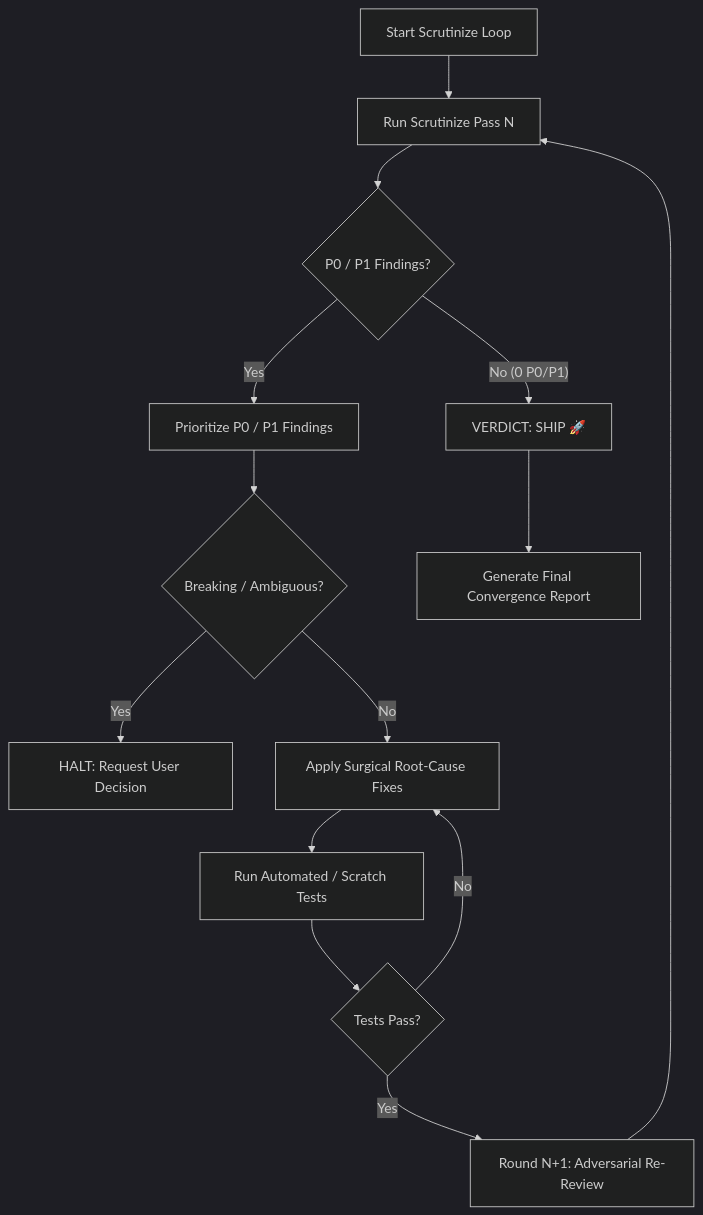
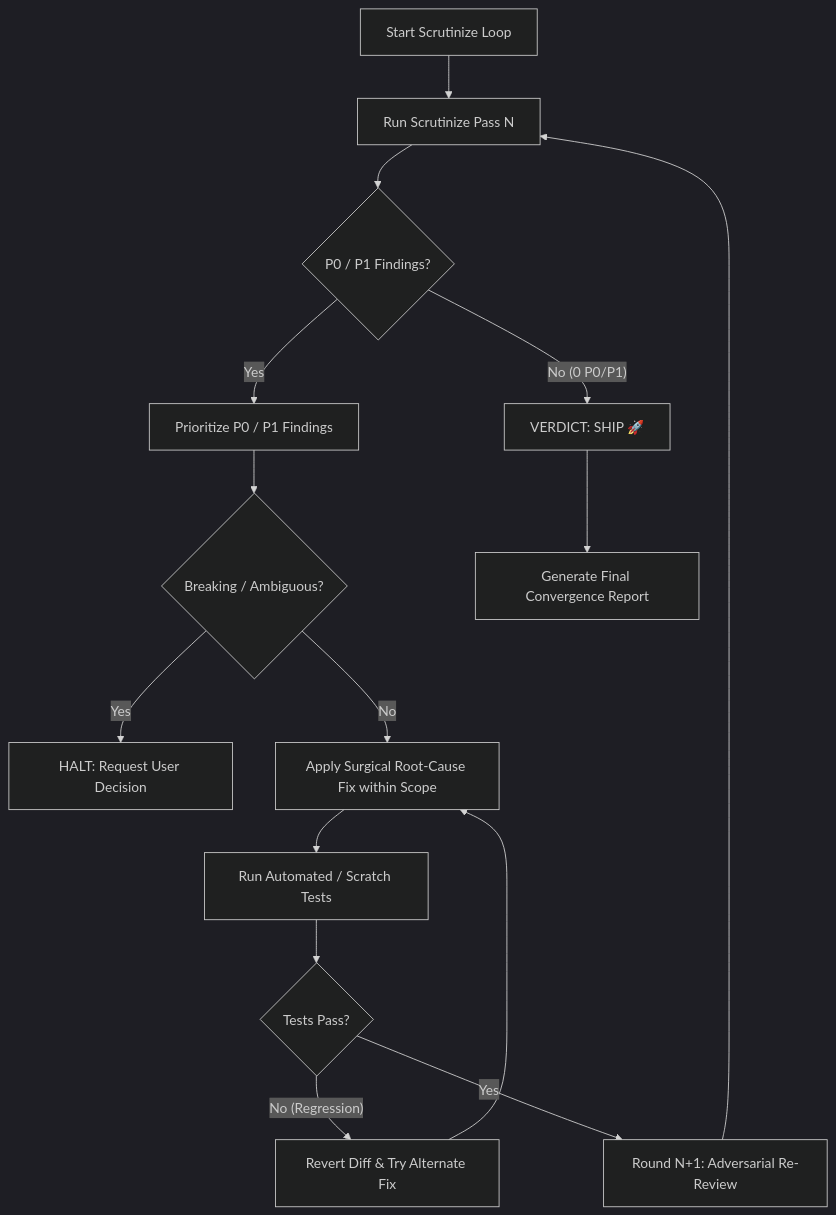
One commit to Poshzz/opencode-skills changed the diagram in scrutinize-loop/SKILL.md. Above: the diagram before and after it, drawn with Mermaid (dark theme). The commit also changed other lines of this file, not shown here.

Commit message:
fix(scrutinize-loop): add immutable test invariants, clean rollback on regression, and strict scope clamping

````diff
--- a/scrutinize-loop/SKILL.md
+++ b/scrutinize-loop/SKILL.md
@@ -45,16 +58,17 @@
 ```mermaid
 graph TD
     A[Start Scrutinize Loop] --> B[Run Scrutinize Pass N]
     B --> C{P0 / P1 Findings?}
     C -- Yes --> D[Prioritize P0 / P1 Findings]
     D --> E{Breaking / Ambiguous?}
     E -- Yes --> F[HALT: Request User Decision]
-    E -- No --> G[Apply Surgical Root-Cause Fixes]
+    E -- No --> G[Apply Surgical Root-Cause Fix within Scope]
     G --> H[Run Automated / Scratch Tests]
     H --> I{Tests Pass?}
-    I -- No --> G
-    I -- Yes --> J[Round N+1: Adversarial Re-Review]
-    J --> B
-    C -- No (0 P0/P1) --> K[VERDICT: SHIP 🚀]
-    K --> L[Generate Final Convergence Report]
+    I -- No (Regression) --> J[Revert Diff & Try Alternate Fix]
+    J --> G
+    I -- Yes --> K[Round N+1: Adversarial Re-Review]
+    K --> B
+    C -- No (0 P0/P1) --> L[VERDICT: SHIP 🚀]
+    L --> M[Generate Final Convergence Report]
 ```
````
